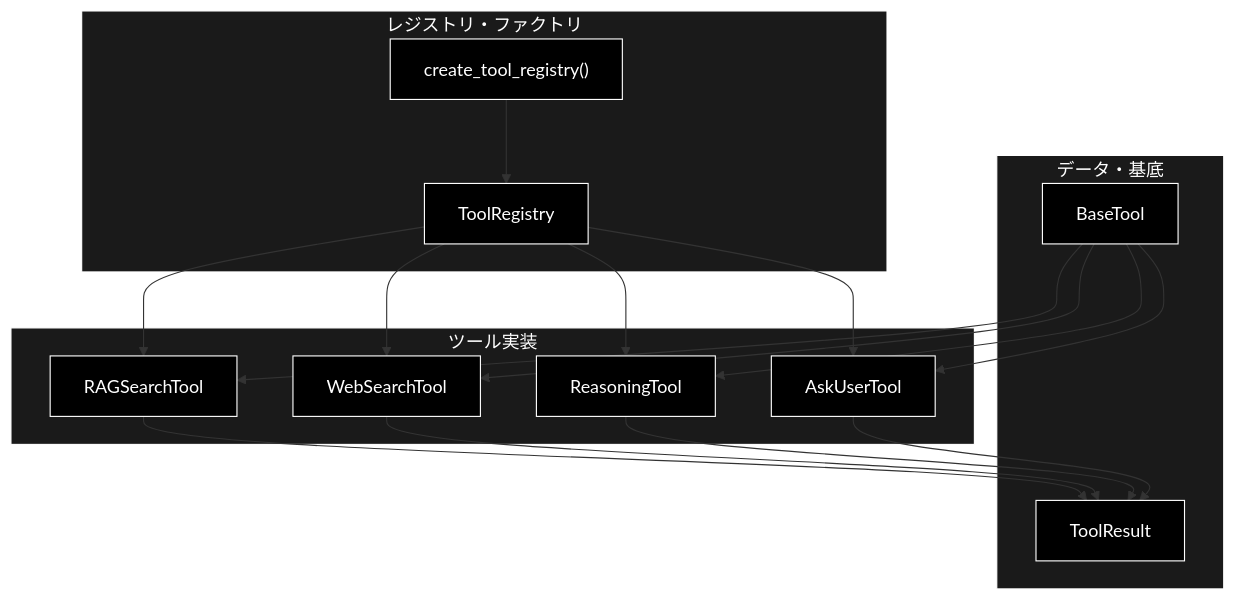
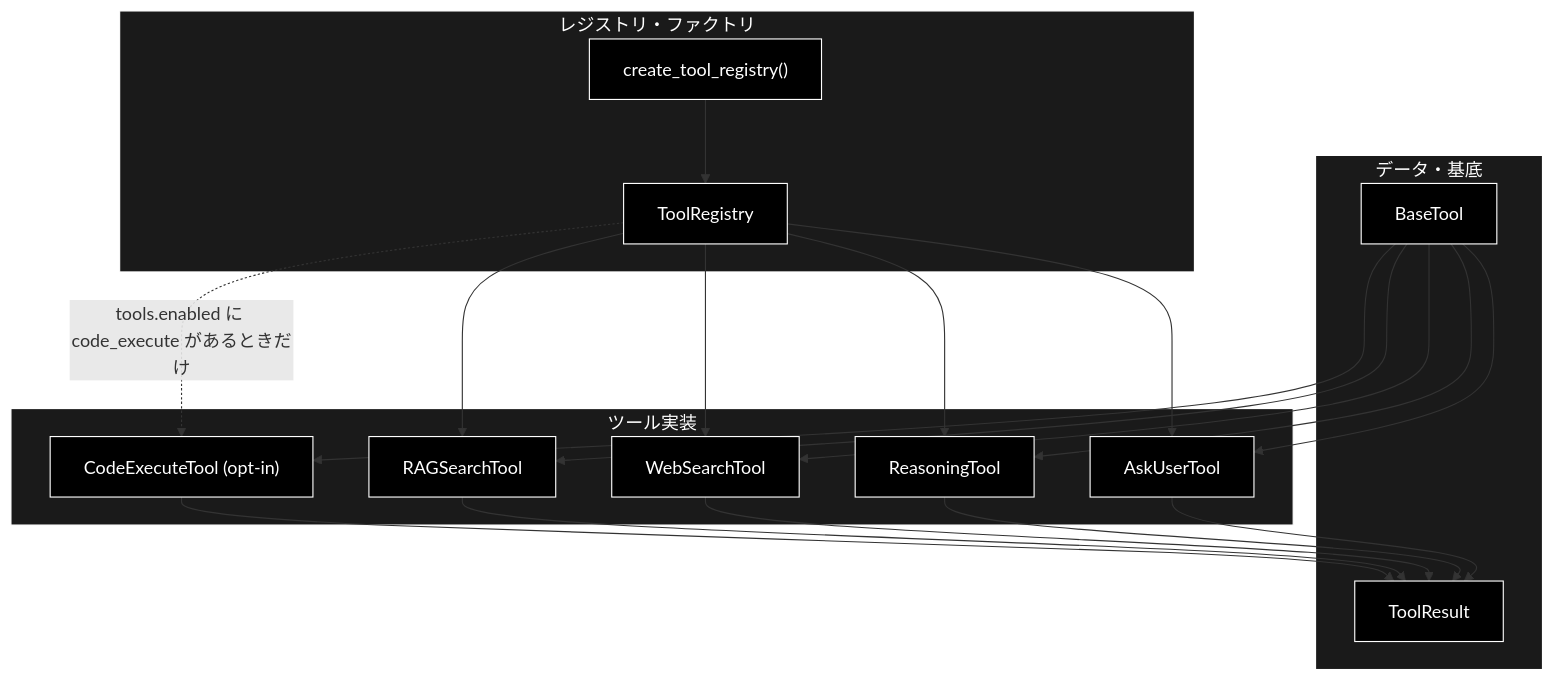
Before and after one commit to nakashima2toshio/grace_v2_local: the second of 3 diagrams in grace/docs/tools.md, drawn with Mermaid. The commit also changed other lines of this file and 6 other files, not shown here.

````diff
--- a/grace/docs/tools.md
+++ b/grace/docs/tools.md
@@ -146,39 +150,43 @@
 ```mermaid
 flowchart TB
     subgraph DATA["データ・基底"]
         TR["ToolResult"]
         BT["BaseTool"]
     end
 
     subgraph TOOLS["ツール実装"]
         RAGT["RAGSearchTool"]
         WEBT["WebSearchTool"]
         REASONT["ReasoningTool"]
         ASKT["AskUserTool"]
+        CODET["CodeExecuteTool (opt-in)"]
     end
 
     subgraph REG["レジストリ・ファクトリ"]
         REGC["ToolRegistry"]
         FACT["create_tool_registry()"]
     end
 
     BT --> RAGT
     BT --> WEBT
     BT --> REASONT
     BT --> ASKT
+    BT --> CODET
+    CODET --> TR
     RAGT --> TR
     WEBT --> TR
     REASONT --> TR
     ASKT --> TR
     FACT --> REGC
     REGC --> RAGT
     REGC --> WEBT
     REGC --> REASONT
     REGC --> ASKT
+    REGC -.->|"tools.enabled に code_execute があるときだけ"| CODET
 classDef default fill:#000,stroke:#fff,color:#fff
 classDef subgraphStyle fill:#1a1a1a,stroke:#fff,color:#fff
-class TR,BT,RAGT,WEBT,REASONT,ASKT,REGC,FACT default
+class TR,BT,RAGT,WEBT,REASONT,ASKT,CODET,REGC,FACT default
 style DATA fill:#1a1a1a,stroke:#fff,color:#fff
 style TOOLS fill:#1a1a1a,stroke:#fff,color:#fff
 style REG fill:#1a1a1a,stroke:#fff,color:#fff
 ```
````
